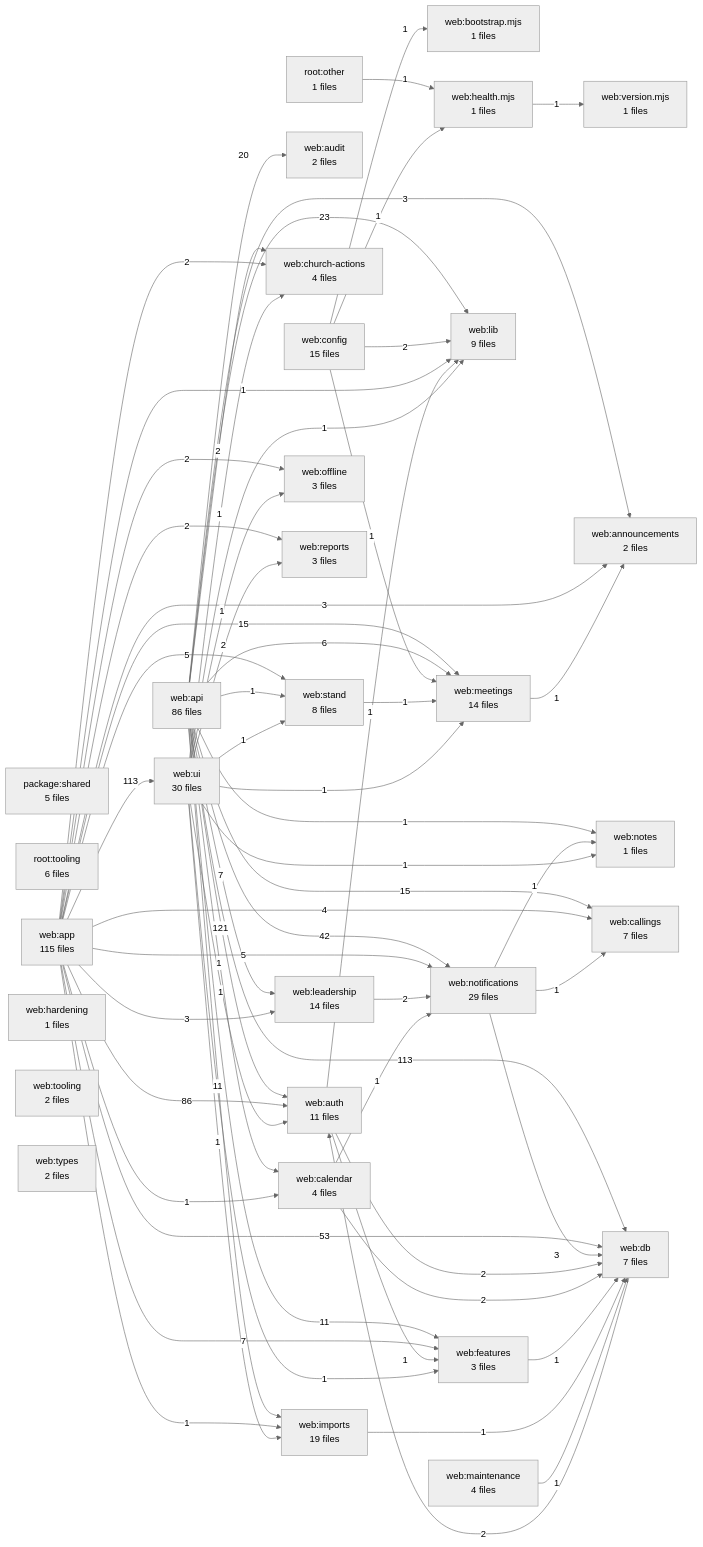
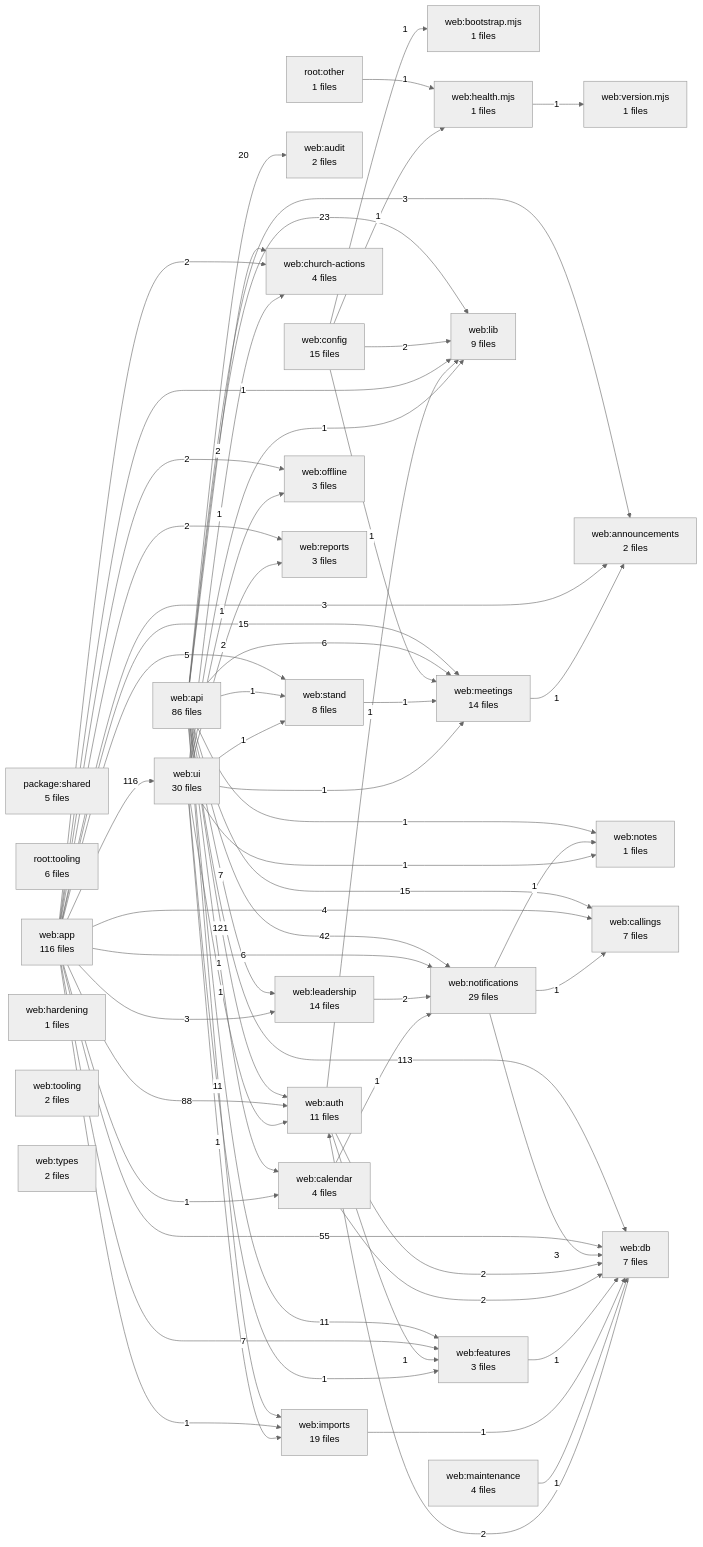
The diagram in docs/DEPENDENCY_GRAPH.md (kalebhall/the-stand), drawn with Mermaid (neutral theme) before and after one commit. The commit also changed other lines of this file and 5 other files, not shown here.

```diff
--- a/docs/DEPENDENCY_GRAPH.md
+++ b/docs/DEPENDENCY_GRAPH.md
@@ -15,7 +15,7 @@
   A3["root:tooling<br/>6 files"]
   A4["web:announcements<br/>2 files"]
   A5["web:api<br/>86 files"]
-  A6["web:app<br/>115 files"]
+  A6["web:app<br/>116 files"]
   A7["web:audit<br/>2 files"]
   A8["web:auth<br/>11 files"]
   A9["web:bootstrap.mjs<br/>1 files"]
@@ -42,10 +42,10 @@
   A30["web:ui<br/>30 files"]
   A31["web:version.mjs<br/>1 files"]
   A5 -->|121| A8
+  A6 -->|116| A30
   A5 -->|113| A14
-  A6 -->|113| A30
-  A6 -->|86| A8
-  A6 -->|53| A14
+  A6 -->|88| A8
+  A6 -->|55| A14
   A5 -->|42| A24
   A5 -->|23| A20
   A5 -->|20| A7
@@ -56,7 +56,7 @@
   A5 -->|7| A19
   A6 -->|7| A15
   A5 -->|6| A22
-  A6 -->|5| A24
+  A6 -->|6| A24
   A6 -->|5| A27
   A6 -->|4| A11
   A5 -->|3| A4
```
